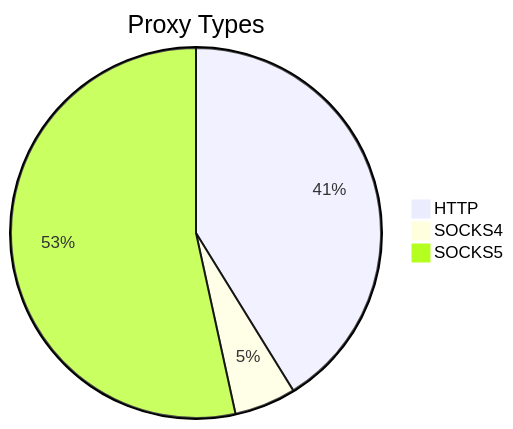
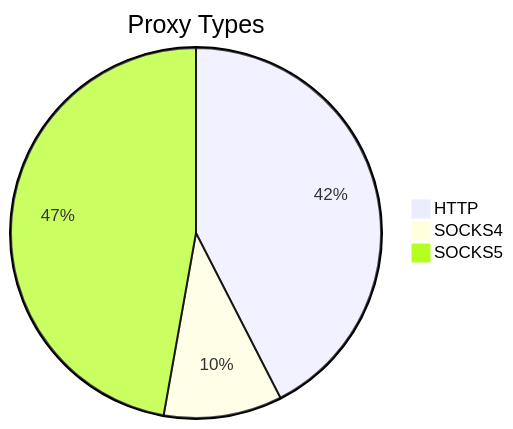
One commit to stormsia/proxy-list changed the first of 2 diagrams in README.md. Above: the diagram before and after it, drawn with Mermaid. The commit also changed other lines of this file, not shown here.

````diff
--- a/README.md
+++ b/README.md
@@ -21,6 +21,6 @@
 ```mermaid
 pie title Proxy Types
-    "HTTP" : 421
-    "SOCKS4" : 55
-    "SOCKS5" : 546
+    "HTTP" : 296
+    "SOCKS4" : 72
+    "SOCKS5" : 329
 ```
````
